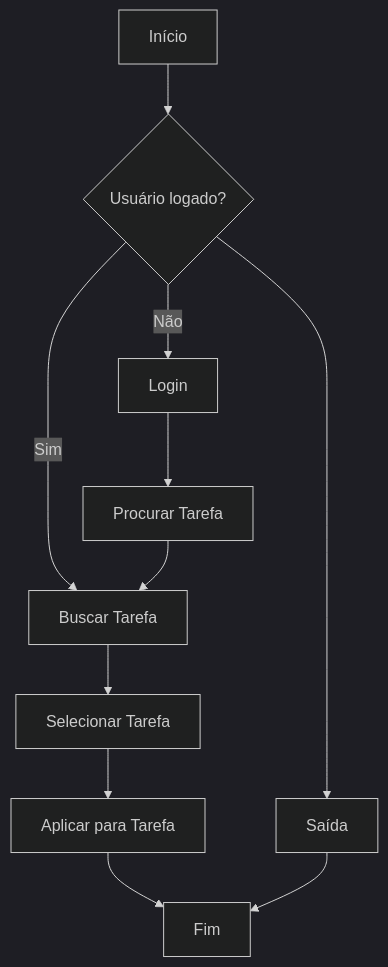
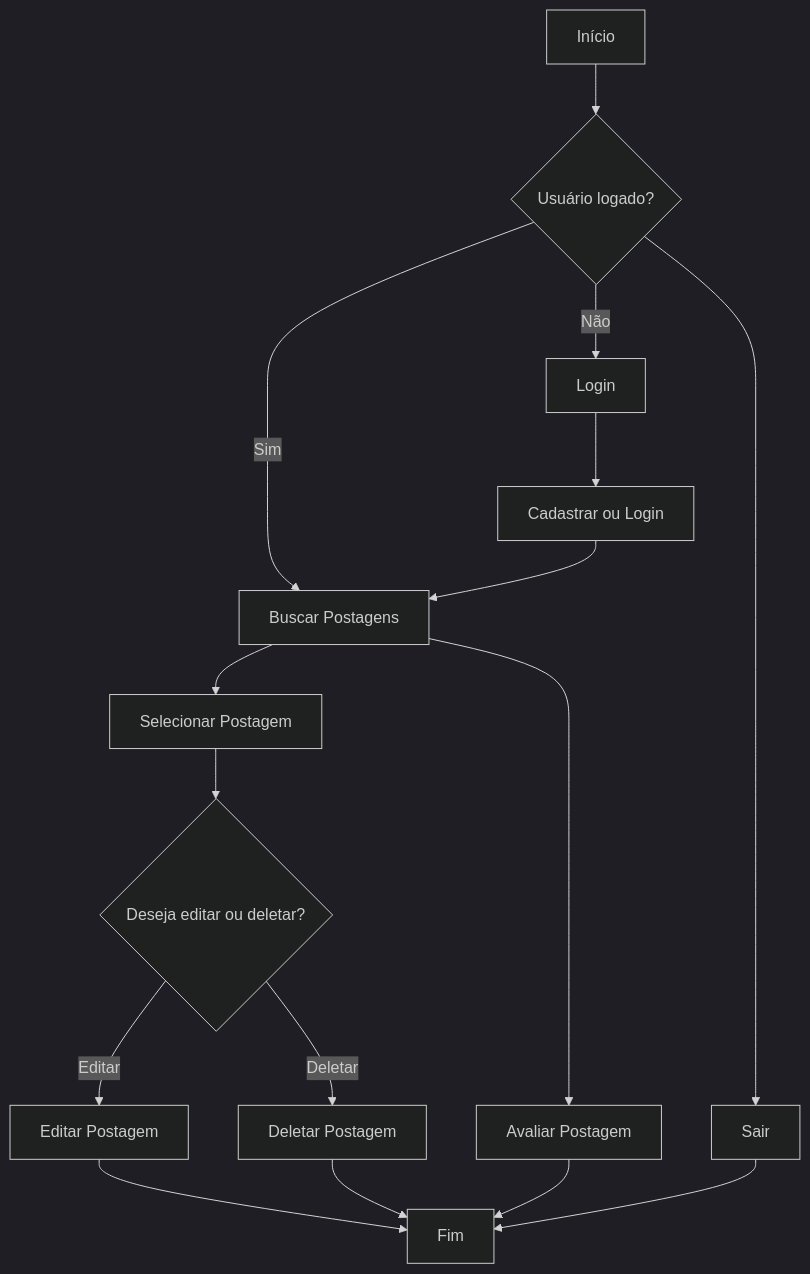
One commit to GuiBrum22/blog-nodejs changed the third of 3 diagrams in README.md. Above: the diagram before and after it, drawn with Mermaid (dark theme). The commit also changed other lines of this file, not shown here.

````diff
--- a/README.md
+++ b/README.md
@@ -154,14 +173,21 @@
 ```mermaid
-flowchart TD
+   flowchart TD
     A[Início] --> B{Usuário logado?}
-    B -- Sim --> C[Buscar Tarefa]
+    B -- Sim --> C[Buscar Postagens]
     B -- Não --> D[Login]
-    D --> E[Procurar Tarefa]
+    D --> E[Cadastrar ou Login]
     E --> C
-    C --> F[Selecionar Tarefa]
-    F --> G[Aplicar para Tarefa]
-    G --> H[Fim]
+    C --> F[Selecionar Postagem]
+    F --> G{Deseja editar ou deletar?}
+    G -- Editar --> H[Editar Postagem]
+    G -- Deletar --> I[Deletar Postagem]
+    H --> J[Fim]
+    I --> J
 
-    B --> I[Saída]
-    I --> H
+    C --> K[Avaliar Postagem]
+    K --> J
+
+    B --> L[Sair]
+    L --> J
+
 ```
````
